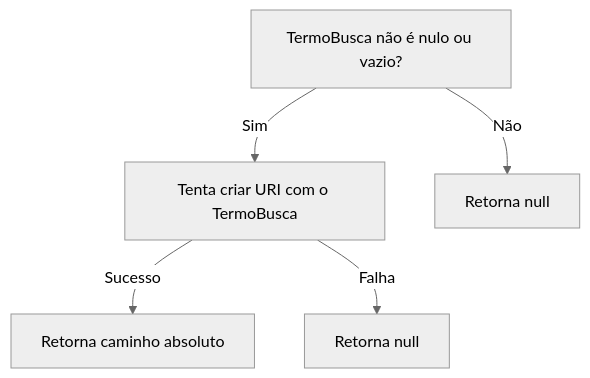
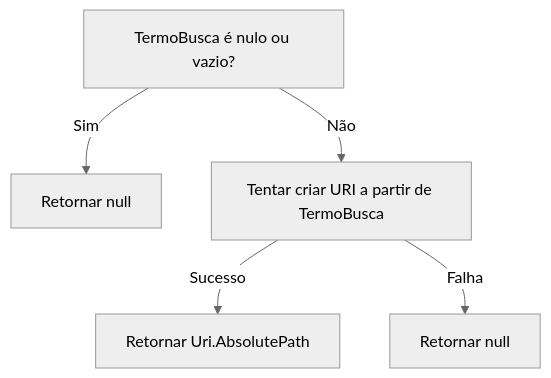
Before and after one commit to IsthmusSistemas/documentacao-tecnica: the first of 2 diagrams in docs/b2b-dominio/IsthmusWinthor.Nucleo/IsthmusWinthor.Dominio/POCO/PesquisaProdutos/BuscaProdutosInteligente.md, drawn with Mermaid (neutral theme). The commit also changed other lines of this file and 882 other files, not shown here.

````diff
--- a/docs/b2b-dominio/IsthmusWinthor.Nucleo/IsthmusWinthor.Dominio/POCO/PesquisaProdutos/BuscaProdutosInteligente.md
+++ b/docs/b2b-dominio/IsthmusWinthor.Nucleo/IsthmusWinthor.Dominio/POCO/PesquisaProdutos/BuscaProdutosInteligente.md
@@ -18,7 +19,7 @@
 ```mermaid
 flowchart TD
-    A[TermoBusca não é nulo ou vazio?] -->|Sim| B[Tenta criar URI com o TermoBusca]
-    A -->|Não| C[Retorna null]
-    B -->|Sucesso| D[Retorna caminho absoluto]
-    B -->|Falha| E[Retorna null]
+    A[TermoBusca é nulo ou vazio?] -->|Sim| B[Retornar null]
+    A -->|Não| C[Tentar criar URI a partir de TermoBusca]
+    C -->|Sucesso| D[Retornar Uri.AbsolutePath]
+    C -->|Falha| E[Retornar null]
 ```
````
